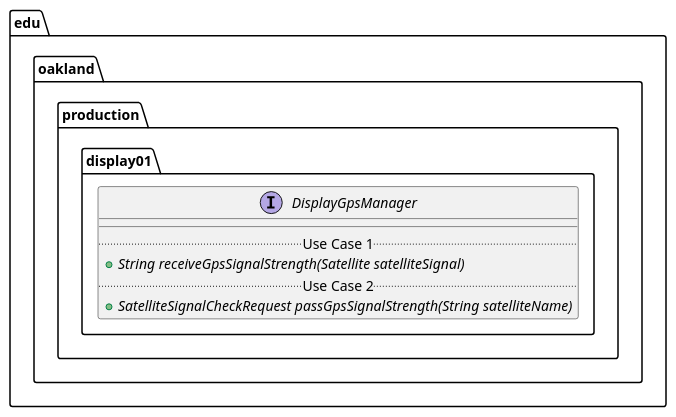
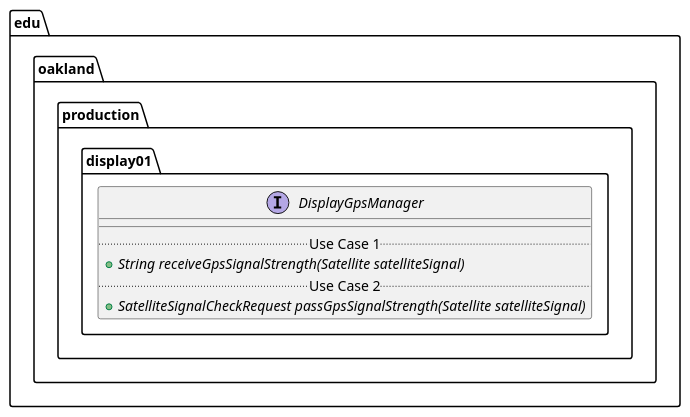
The diagram in docs/uml-class-diagrams/display01/production/DisplayGpsManager/DisplayGpsManager.puml (andrewdimmer/csi-3370-software-project), drawn with PlantUML before and after one commit. The commit also changed 2 other files, not shown here.

```diff
--- a/docs/uml-class-diagrams/display01/production/DisplayGpsManager/DisplayGpsManager.puml
+++ b/docs/uml-class-diagrams/display01/production/DisplayGpsManager/DisplayGpsManager.puml
@@ -1,13 +1,13 @@
 @startuml DisplayGpsManager
 
 package edu.oakland.production.display01 {
     interface DisplayGpsManager {
         __
         .. Use Case 1 ..
         {abstract} + String receiveGpsSignalStrength(Satellite satelliteSignal)
         .. Use Case 2 ..
-        {abstract} + SatelliteSignalCheckRequest passGpsSignalStrength(String satelliteName)
+        {abstract} + SatelliteSignalCheckRequest passGpsSignalStrength(Satellite satelliteSignal)
     }
 }
 
 @enduml
```
